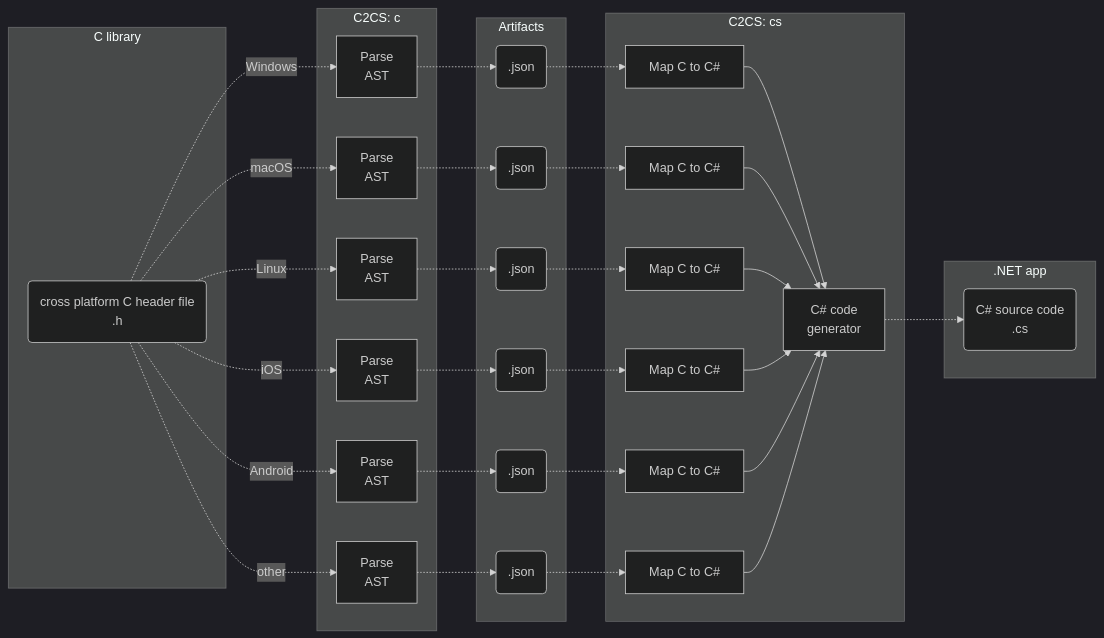
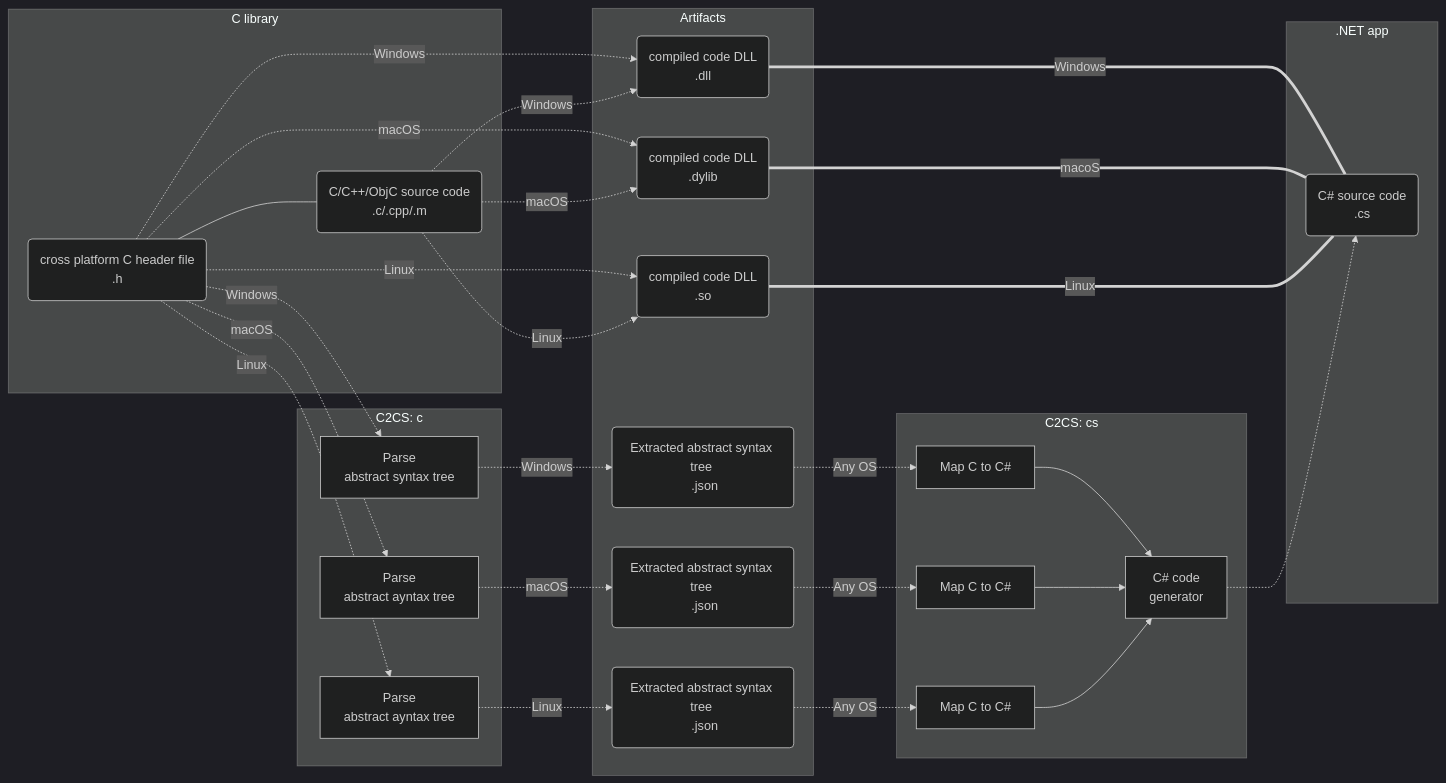
One commit to bottlenoselabs/c2cs changed the diagram in README.md. Above: the diagram before and after it, drawn with Mermaid (dark theme).

````diff
--- a/README.md
+++ b/README.md
@@ -39,56 +39,74 @@
 ```mermaid
 graph LR
 
     subgraph C library
 
-    A(cross platform C header file <br>.h)
+    C_HEADER(cross platform C header file <br> .h)
+    C_SOURCE(C/C++/ObjC source code <br> .c/.cpp/.m)
+
+    C_HEADER --- C_SOURCE
 
     end
 
     subgraph C2CS: c
 
-    A -.->|Windows| B[Parse <br> AST]
-    A -.->|macOS| C[Parse <br> AST]
-    A -.->|Linux| D[Parse <br> AST]
-    A -.->|iOS| E[Parse <br> AST]
-    A -.->|Android| F[Parse <br> AST]
-    A -.->|other| G[Parse <br> AST]
+    C2CS_PARSE_AST_WINDOWS[Parse <br> abstract syntax tree]
+    C2CS_PARSE_AST_MACOS[Parse <br> abstract ayntax tree]
+    C2CS_PARSE_AST_LINUX[Parse <br> abstract ayntax tree]
+
+    C_HEADER -.-> |Windows| C2CS_PARSE_AST_WINDOWS
+    C_HEADER -.-> |macOS| C2CS_PARSE_AST_MACOS
+    C_HEADER -.-> |Linux| C2CS_PARSE_AST_LINUX
 
     end
 
     subgraph Artifacts
 
-    B -.-> H(.json)
-    C -.-> I(.json)
-    D -.-> J(.json)
-    E -.-> K(.json)
-    F -.-> L(.json)
-    G -.-> M(.json)
+    C_COMPILED_WINDOWS(compiled code DLL <br> .dll)
+    C_COMPILED_MACOS(compiled code DLL <br> .dylib)
+    C_COMPILED_LINUX(compiled code DLL <br> .so)
+    
+    C_HEADER -.-> |Windows| C_COMPILED_WINDOWS
+    C_SOURCE -.-> |Windows| C_COMPILED_WINDOWS
+
+    C_HEADER -.-> |macOS| C_COMPILED_MACOS
+    C_SOURCE -.-> |macOS| C_COMPILED_MACOS
+
+    C_HEADER -.-> |Linux| C_COMPILED_LINUX
+    C_SOURCE -.-> |Linux| C_COMPILED_LINUX
+
+    JSON_AST_WINDOWS(Extracted abstract syntax tree <br> .json)
+    JSON_AST_MACOS(Extracted abstract syntax tree <br> .json)
+    JSON_AST_LINUX(Extracted abstract syntax tree <br> .json)
+
+    C2CS_PARSE_AST_WINDOWS -.-> |Windows| JSON_AST_WINDOWS
+    C2CS_PARSE_AST_MACOS -.-> |macOS| JSON_AST_MACOS
+    C2CS_PARSE_AST_LINUX -.-> |Linux| JSON_AST_LINUX
 
     end
 
     subgraph C2CS: cs
 
-    H -.-> N[Map C to C#]
-    I -.-> O[Map C to C#]
-    J -.-> P[Map C to C#]
-    K -.-> Q[Map C to C#]
-    L -.-> R[Map C to C#]
-    M -.-> S[Map C to C#]
+    CS_MAP_WINDOWS[Map C to C#]
+    CS_MAP_MACOS[Map C to C#]
+    CS_MAP_LINUX[Map C to C#]
 
-    N --> Y[C# code <br> generator]
-    O --> Y
-    P --> Y
-    Q --> Y
-    R --> Y
-    S --> Y
+    JSON_AST_WINDOWS -.-> |Any OS| CS_MAP_WINDOWS
+    JSON_AST_MACOS -.-> |Any OS| CS_MAP_MACOS
+    JSON_AST_LINUX -.-> |Any OS| CS_MAP_LINUX
 
+    CS_MAP_WINDOWS --> CS_CODE_GENERATOR[C# code <br> generator]
+    CS_MAP_MACOS --> CS_CODE_GENERATOR
+    CS_MAP_LINUX --> CS_CODE_GENERATOR
 
     end
 
     subgraph .NET app
 
-    Y -.-> Z(C# source code <br> .cs)
+    C_COMPILED_WINDOWS === |Windows| CS_SOURCE
+    C_COMPILED_MACOS === |macoS| CS_SOURCE
+    C_COMPILED_LINUX === |Linux| CS_SOURCE
+    CS_CODE_GENERATOR -.-> CS_SOURCE(C# source code <br> .cs)
 
     end
 ```
````
